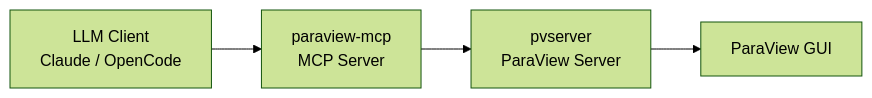
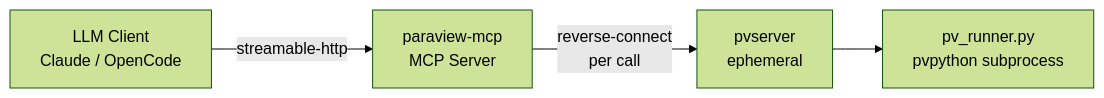
The diagram in mcp/pvpython-renderer/README.md (NicholasSynovic/VisKnacks), drawn with Mermaid (forest theme) before and after one commit. The commit also changed other lines of this file and 10 other files, not shown here.

````diff
--- a/mcp/pvpython-renderer/README.md
+++ b/mcp/pvpython-renderer/README.md
@@ -38,6 +53,6 @@
 ```mermaid
 graph LR
-    A[LLM Client<br/>Claude / OpenCode] --> B[paraview-mcp<br/>MCP Server]
-    B --> C[pvserver<br/>ParaView Server]
-    C --> D[ParaView GUI]
+    A[LLM Client<br/>Claude / OpenCode] -->|streamable-http| B[paraview-mcp<br/>MCP Server]
+    B -->|reverse-connect<br/>per call| C[pvserver<br/>ephemeral]
+    C --> D[pv_runner.py<br/>pvpython subprocess]
 ```
````
